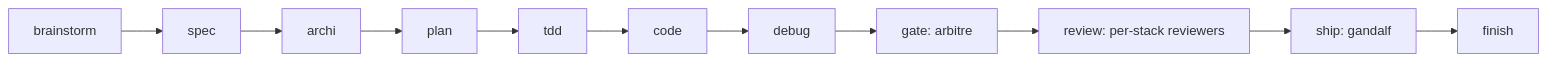
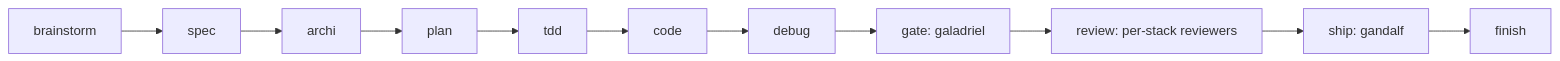
One commit to techmefr/mentis changed the diagram in README.md. Above: the diagram before and after it, drawn with Mermaid. The commit also changed other lines of this file and 16 other files, not shown here.

````diff
--- a/README.md
+++ b/README.md
@@ -51,13 +51,13 @@
 ```mermaid
 flowchart LR
     A[brainstorm] --> B[spec]
     B --> C[archi]
     C --> D[plan]
     D --> E[tdd]
     E --> F[code]
     F --> G[debug]
-    G --> H[gate: arbitre]
+    G --> H[gate: galadriel]
     H --> I[review: per-stack reviewers]
     I --> J[ship: gandalf]
     J --> K[finish]
 ```
````
